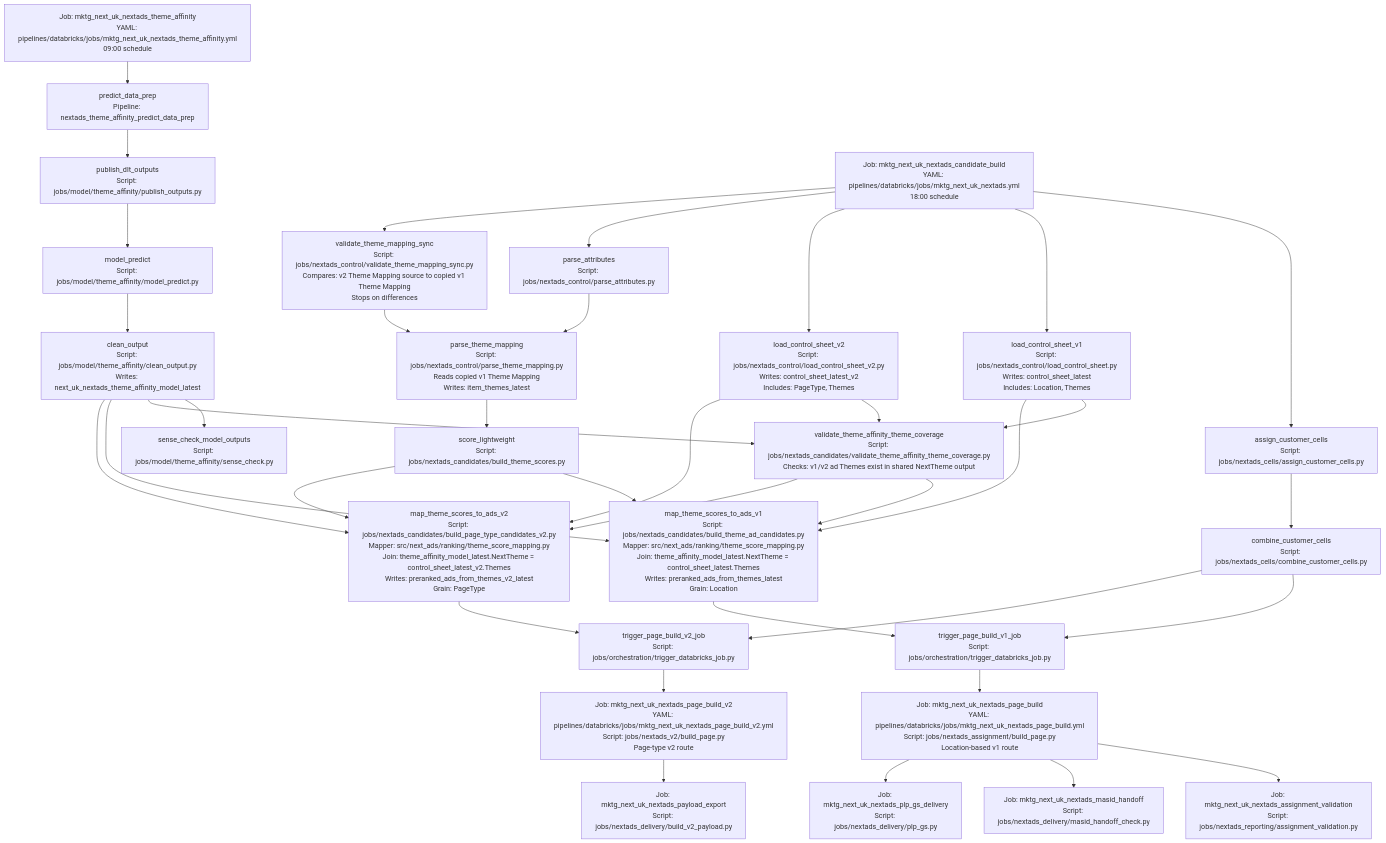
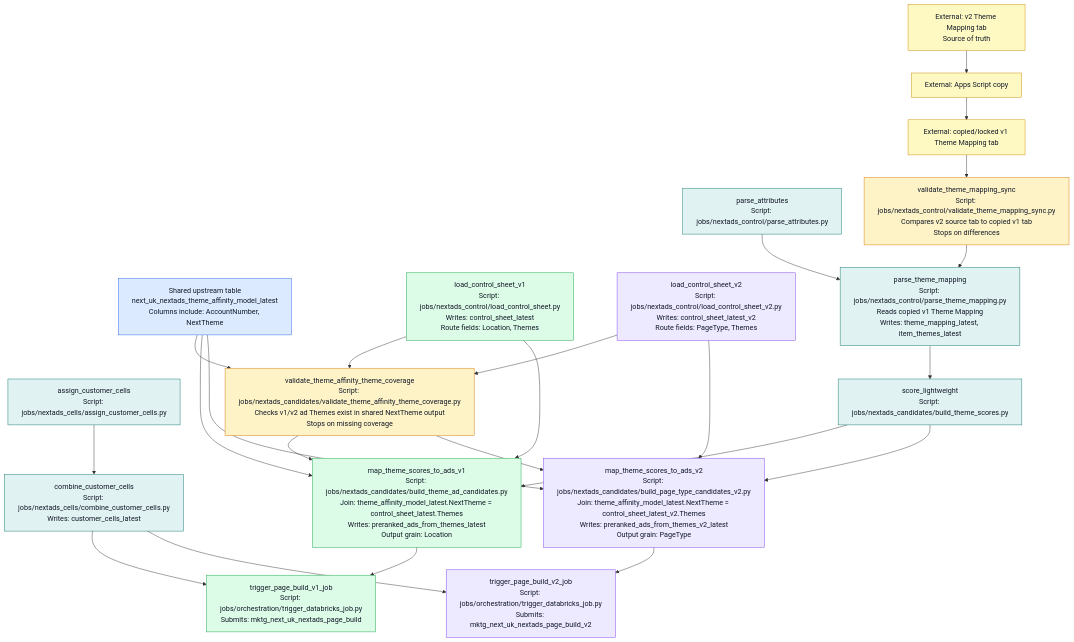
Before and after one commit to swblain-glyndwr/personal_project: the second of 2 diagrams in docs/architecture/v1_v2_parallel_route.md, drawn with Mermaid. The commit also changed other lines of this file and 1 other file, not shown here.

Commit message:
Clarify v1 v2 route DAG docs

````diff
--- a/docs/architecture/v1_v2_parallel_route.md
+++ b/docs/architecture/v1_v2_parallel_route.md
@@ -11,49 +94,57 @@
 ```mermaid
 flowchart TD
-  TA["Job: mktg_next_uk_nextads_theme_affinity<br/>YAML: pipelines/databricks/jobs/mktg_next_uk_nextads_theme_affinity.yml<br/>09:00 schedule"]
-  TA1["predict_data_prep<br/>Pipeline: nextads_theme_affinity_predict_data_prep"]
-  TA2["publish_dlt_outputs<br/>Script: jobs/model/theme_affinity/publish_outputs.py"]
-  TA3["model_predict<br/>Script: jobs/model/theme_affinity/model_predict.py"]
-  TA4["clean_output<br/>Script: jobs/model/theme_affinity/clean_output.py<br/>Writes: next_uk_nextads_theme_affinity_model_latest"]
-  TA5["sense_check_model_outputs<br/>Script: jobs/model/theme_affinity/sense_check.py"]
-  TA --> TA1 --> TA2 --> TA3 --> TA4 --> TA5
+  classDef sharedModel fill:#dbeafe,stroke:#2563eb,color:#111827
+  classDef sharedTask fill:#e0f2f1,stroke:#0f766e,color:#111827
+  classDef v1 fill:#dcfce7,stroke:#16a34a,color:#111827
+  classDef v2 fill:#ede9fe,stroke:#7c3aed,color:#111827
+  classDef guardrail fill:#fef3c7,stroke:#d97706,color:#111827
+  classDef external fill:#fef9c3,stroke:#ca8a04,color:#111827
 
-  GEN["Job: mktg_next_uk_nextads_candidate_build<br/>YAML: pipelines/databricks/jobs/mktg_next_uk_nextads.yml<br/>18:00 schedule"]
-  GEN --> C1["assign_customer_cells<br/>Script: jobs/nextads_cells/assign_customer_cells.py"]
-  C1 --> C2["combine_customer_cells<br/>Script: jobs/nextads_cells/combine_customer_cells.py"]
+  V2TM2["External: v2 Theme Mapping tab<br/>Source of truth"]:::external
+  COPY2["External: Apps Script copy"]:::external
+  V1TM2["External: copied/locked v1 Theme Mapping tab"]:::external
+  V2TM2 --> COPY2 --> V1TM2
 
-  GEN --> V1CS["load_control_sheet_v1<br/>Script: jobs/nextads_control/load_control_sheet.py<br/>Writes: control_sheet_latest<br/>Includes: Location, Themes"]
-  GEN --> V2CS["load_control_sheet_v2<br/>Script: jobs/nextads_control/load_control_sheet_v2.py<br/>Writes: control_sheet_latest_v2<br/>Includes: PageType, Themes"]
+  TA_LATEST["Shared upstream table<br/>next_uk_nextads_theme_affinity_model_latest<br/>Columns include: AccountNumber, NextTheme"]:::sharedModel
 
-  GEN --> ATTR["parse_attributes<br/>Script: jobs/nextads_control/parse_attributes.py"]
-  GEN --> SYNC["validate_theme_mapping_sync<br/>Script: jobs/nextads_control/validate_theme_mapping_sync.py<br/>Compares: v2 Theme Mapping source to copied v1 Theme Mapping<br/>Stops on differences"]
-  ATTR --> TM
-  SYNC --> TM["parse_theme_mapping<br/>Script: jobs/nextads_control/parse_theme_mapping.py<br/>Reads copied v1 Theme Mapping<br/>Writes: item_themes_latest"]
-  TM --> SCORE["score_lightweight<br/>Script: jobs/nextads_candidates/build_theme_scores.py"]
+  ASSIGN["assign_customer_cells<br/>Script: jobs/nextads_cells/assign_customer_cells.py"]:::sharedTask
+  COMBINE["combine_customer_cells<br/>Script: jobs/nextads_cells/combine_customer_cells.py<br/>Writes: customer_cells_latest"]:::sharedTask
+  ASSIGN --> COMBINE
 
-  TA4 --> COVER["validate_theme_affinity_theme_coverage<br/>Script: jobs/nextads_candidates/validate_theme_affinity_theme_coverage.py<br/>Checks: v1/v2 ad Themes exist in shared NextTheme output"]
-  V1CS --> COVER
-  V2CS --> COVER
+  LOAD_V1["load_control_sheet_v1<br/>Script: jobs/nextads_control/load_control_sheet.py<br/>Writes: control_sheet_latest<br/>Route fields: Location, Themes"]:::v1
+  LOAD_V2["load_control_sheet_v2<br/>Script: jobs/nextads_control/load_control_sheet_v2.py<br/>Writes: control_sheet_latest_v2<br/>Route fields: PageType, Themes"]:::v2
 
-  TA4 --> V1MAP
-  V1CS --> V1MAP["map_theme_scores_to_ads_v1<br/>Script: jobs/nextads_candidates/build_theme_ad_candidates.py<br/>Mapper: src/next_ads/ranking/theme_score_mapping.py<br/>Join: theme_affinity_model_latest.NextTheme = control_sheet_latest.Themes<br/>Writes: preranked_ads_from_themes_latest<br/>Grain: Location"]
-  SCORE --> V1MAP
-  COVER --> V1MAP
+  ATTR["parse_attributes<br/>Script: jobs/nextads_control/parse_attributes.py"]:::sharedTask
+  SYNC["validate_theme_mapping_sync<br/>Script: jobs/nextads_control/validate_theme_mapping_sync.py<br/>Compares v2 source tab to copied v1 tab<br/>Stops on differences"]:::guardrail
+  THEME_MAP["parse_theme_mapping<br/>Script: jobs/nextads_control/parse_theme_mapping.py<br/>Reads copied v1 Theme Mapping<br/>Writes: theme_mapping_latest, item_themes_latest"]:::sharedTask
+  SCORE["score_lightweight<br/>Script: jobs/nextads_candidates/build_theme_scores.py"]:::sharedTask
 
-  TA4 --> V2MAP
-  V2CS --> V2MAP["map_theme_scores_to_ads_v2<br/>Script: jobs/nextads_candidates/build_page_type_candidates_v2.py<br/>Mapper: src/next_ads/ranking/theme_score_mapping.py<br/>Join: theme_affinity_model_latest.NextTheme = control_sheet_latest_v2.Themes<br/>Writes: preranked_ads_from_themes_v2_latest<br/>Grain: PageType"]
-  SCORE --> V2MAP
-  COVER --> V2MAP
+  V1TM2 --> SYNC
+  ATTR --> THEME_MAP
+  SYNC --> THEME_MAP
+  THEME_MAP --> SCORE
 
-  C2 --> TR1["trigger_page_build_v1_job<br/>Script: jobs/orchestration/trigger_databricks_job.py"]
-  V1MAP --> TR1
-  TR1 --> PB1["Job: mktg_next_uk_nextads_page_build<br/>YAML: pipelines/databricks/jobs/mktg_next_uk_nextads_page_build.yml<br/>Script: jobs/nextads_assignment/build_page.py<br/>Location-based v1 route"]
-  PB1 --> QA["Job: mktg_next_uk_nextads_assignment_validation<br/>Script: jobs/nextads_reporting/assignment_validation.py"]
-  PB1 --> MASID["Job: mktg_next_uk_nextads_masid_handoff<br/>Script: jobs/nextads_delivery/masid_handoff_check.py"]
-  PB1 --> PLP["Job: mktg_next_uk_nextads_plp_gs_delivery<br/>Script: jobs/nextads_delivery/plp_gs.py"]
+  COVER["validate_theme_affinity_theme_coverage<br/>Script: jobs/nextads_candidates/validate_theme_affinity_theme_coverage.py<br/>Checks v1/v2 ad Themes exist in shared NextTheme output<br/>Stops on missing coverage"]:::guardrail
+  LOAD_V1 --> COVER
+  LOAD_V2 --> COVER
+  TA_LATEST --> COVER
 
-  C2 --> TR2["trigger_page_build_v2_job<br/>Script: jobs/orchestration/trigger_databricks_job.py"]
-  V2MAP --> TR2
-  TR2 --> PB2["Job: mktg_next_uk_nextads_page_build_v2<br/>YAML: pipelines/databricks/jobs/mktg_next_uk_nextads_page_build_v2.yml<br/>Script: jobs/nextads_v2/build_page.py<br/>Page-type v2 route"]
-  PB2 --> PAYLOAD["Job: mktg_next_uk_nextads_payload_export<br/>Script: jobs/nextads_delivery/build_v2_payload.py"]
+  MAP_V1["map_theme_scores_to_ads_v1<br/>Script: jobs/nextads_candidates/build_theme_ad_candidates.py<br/>Join: theme_affinity_model_latest.NextTheme = control_sheet_latest.Themes<br/>Writes: preranked_ads_from_themes_latest<br/>Output grain: Location"]:::v1
+  MAP_V2["map_theme_scores_to_ads_v2<br/>Script: jobs/nextads_candidates/build_page_type_candidates_v2.py<br/>Join: theme_affinity_model_latest.NextTheme = control_sheet_latest_v2.Themes<br/>Writes: preranked_ads_from_themes_v2_latest<br/>Output grain: PageType"]:::v2
+
+  TA_LATEST --> MAP_V1
+  TA_LATEST --> MAP_V2
+  SCORE --> MAP_V1
+  SCORE --> MAP_V2
+  LOAD_V1 --> MAP_V1
+  LOAD_V2 --> MAP_V2
+  COVER --> MAP_V1
+  COVER --> MAP_V2
+
+  TRIGGER_V1["trigger_page_build_v1_job<br/>Script: jobs/orchestration/trigger_databricks_job.py<br/>Submits: mktg_next_uk_nextads_page_build"]:::v1
+  TRIGGER_V2["trigger_page_build_v2_job<br/>Script: jobs/orchestration/trigger_databricks_job.py<br/>Submits: mktg_next_uk_nextads_page_build_v2"]:::v2
+  COMBINE --> TRIGGER_V1
+  MAP_V1 --> TRIGGER_V1
+  COMBINE --> TRIGGER_V2
+  MAP_V2 --> TRIGGER_V2
 ```
````
